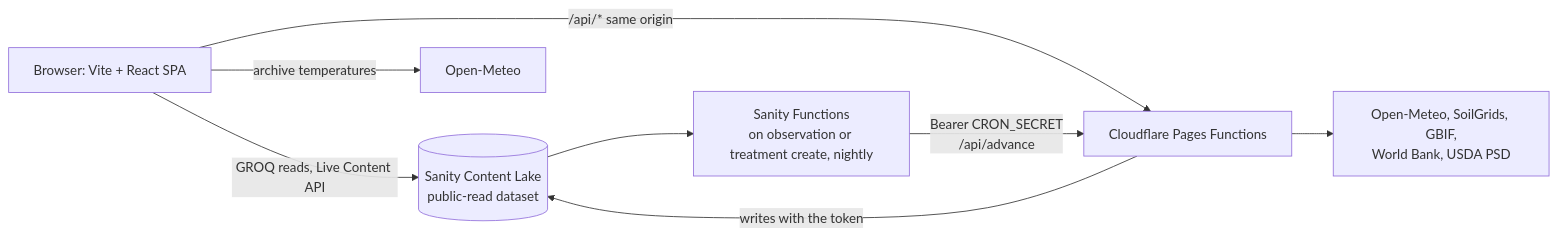
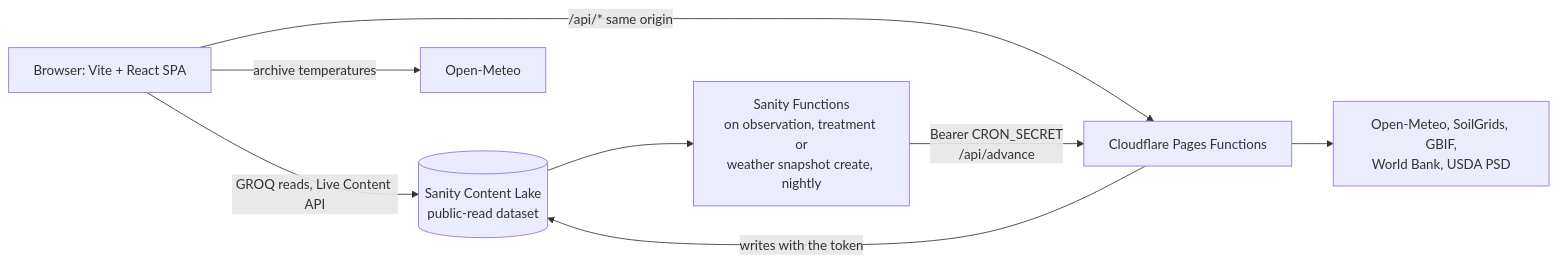
The diagram in README.md (chantleyw/mecropolis), drawn with Mermaid before and after one commit.

Commit message:
List the weather snapshot trigger in the README diagram
reconcile-on-observation also fires on non-reconcile weatherSnapshot
creates; the architecture diagram named only observations and
treatments.

````diff
--- a/README.md
+++ b/README.md
@@ -17,10 +17,10 @@
 ```mermaid
 flowchart LR
   B[Browser: Vite + React SPA] -- GROQ reads, Live Content API --> S[(Sanity Content Lake<br/>public-read dataset)]
   B -- archive temperatures --> OM[Open-Meteo]
   B -- /api/* same origin --> F[Cloudflare Pages Functions]
   F -- writes with the token --> S
   F --> EXT[Open-Meteo, SoilGrids, GBIF,<br/>World Bank, USDA PSD]
-  SF[Sanity Functions<br/>on observation or treatment create, nightly] -- Bearer CRON_SECRET<br/>/api/advance --> F
+  SF[Sanity Functions<br/>on observation, treatment or<br/>weather snapshot create, nightly] -- Bearer CRON_SECRET<br/>/api/advance --> F
   S --> SF
 ```
````
